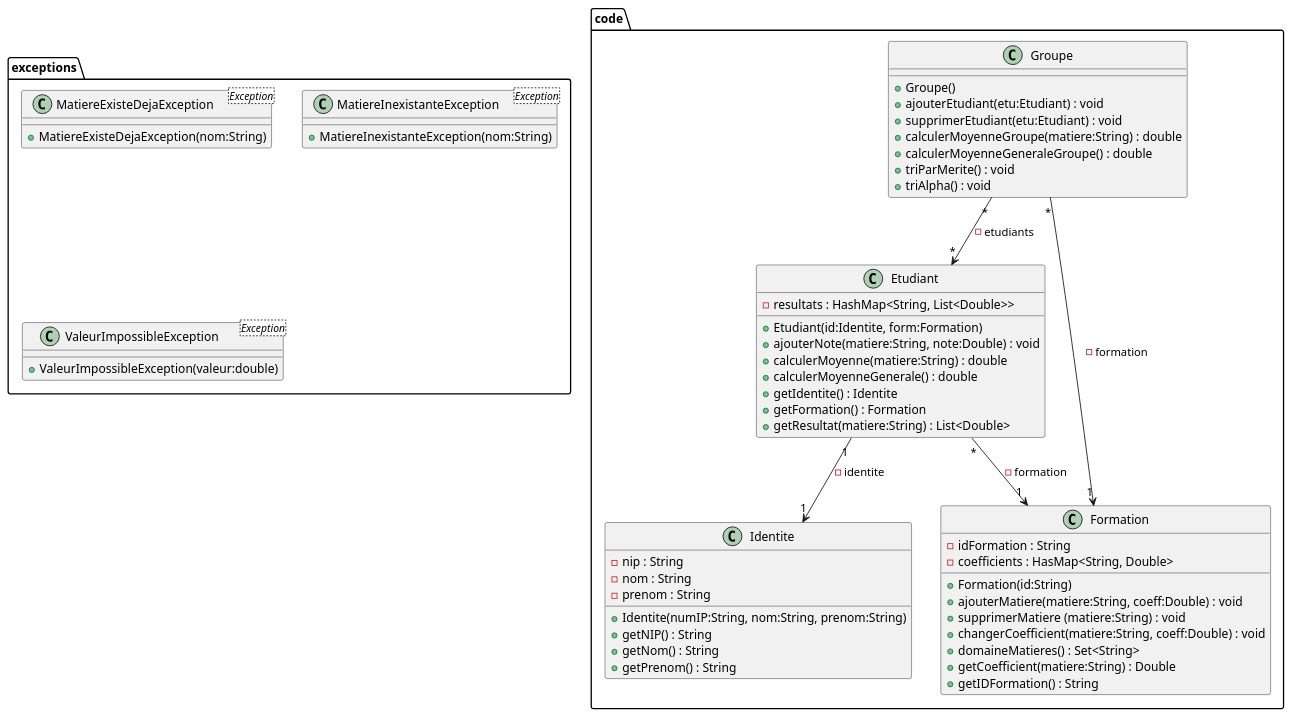
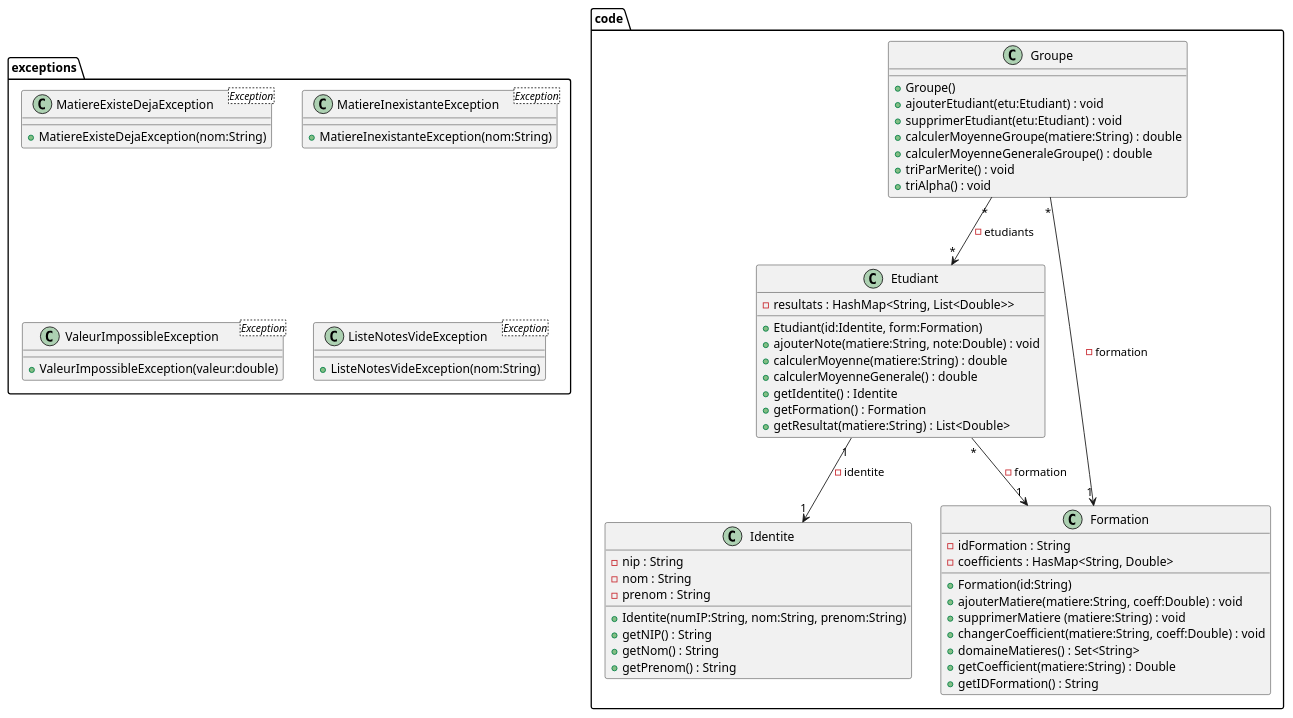
Before and after one commit to Nimarcs/Exercice3-TravailDeConception-CPOA-WEISS-RICHIER: the diagram in DiagUML.puml, drawn with PlantUML. The commit also changed 5 other files, not shown here.

Commit message:
ajout puml, ajout exception pour liste de notes vide et modification en consequence

```diff
--- a/DiagUML.puml
+++ b/DiagUML.puml
@@ -1,63 +1,67 @@
 @startuml
 
 package exceptions {
     class MatiereExisteDejaException <Exception> {
         + MatiereExisteDejaException(nom:String)
     }
     class MatiereInexistanteException <Exception> {
         + MatiereInexistanteException(nom:String)
     }
     class ValeurImpossibleException <Exception> {
         + ValeurImpossibleException(valeur:double)
     }
+    class ListeNotesVideException <Exception> {
+        + ListeNotesVideException(nom:String)
+    }
+
 }
 
 package code {
 
 class Groupe {
     + Groupe()
     + ajouterEtudiant(etu:Etudiant) : void
     + supprimerEtudiant(etu:Etudiant) : void
     + calculerMoyenneGroupe(matiere:String) : double
     + calculerMoyenneGeneraleGroupe() : double
     + triParMerite() : void
     + triAlpha() : void
 }
 class Etudiant {
     - resultats : HashMap<String, List<Double>>
     + Etudiant(id:Identite, form:Formation)
     + ajouterNote(matiere:String, note:Double) : void
     + calculerMoyenne(matiere:String) : double
     + calculerMoyenneGenerale() : double
     + getIdentite() : Identite
     + getFormation() : Formation
     + getResultat(matiere:String) : List<Double>
 }
 class Identite {
     - nip : String
     - nom : String
     - prenom : String
     + Identite(numIP:String, nom:String, prenom:String)
     + getNIP() : String
     + getNom() : String
     + getPrenom() : String
 }
 class Formation {
     - idFormation : String
     - coefficients : HasMap<String, Double>
     + Formation(id:String)
     + ajouterMatiere(matiere:String, coeff:Double) : void
     + supprimerMatiere (matiere:String) : void
     + changerCoefficient(matiere:String, coeff:Double) : void
     + domaineMatieres() : Set<String>
     + getCoefficient(matiere:String) : Double
     + getIDFormation() : String
 }
 Groupe "*" --> "*" Etudiant : - etudiants
 Groupe "*" --> "1" Formation : - formation
 Etudiant "*" --> "1" Formation : - formation
 Etudiant "1" --> "1" Identite : - identite
 
 }
 
 @enduml
```
